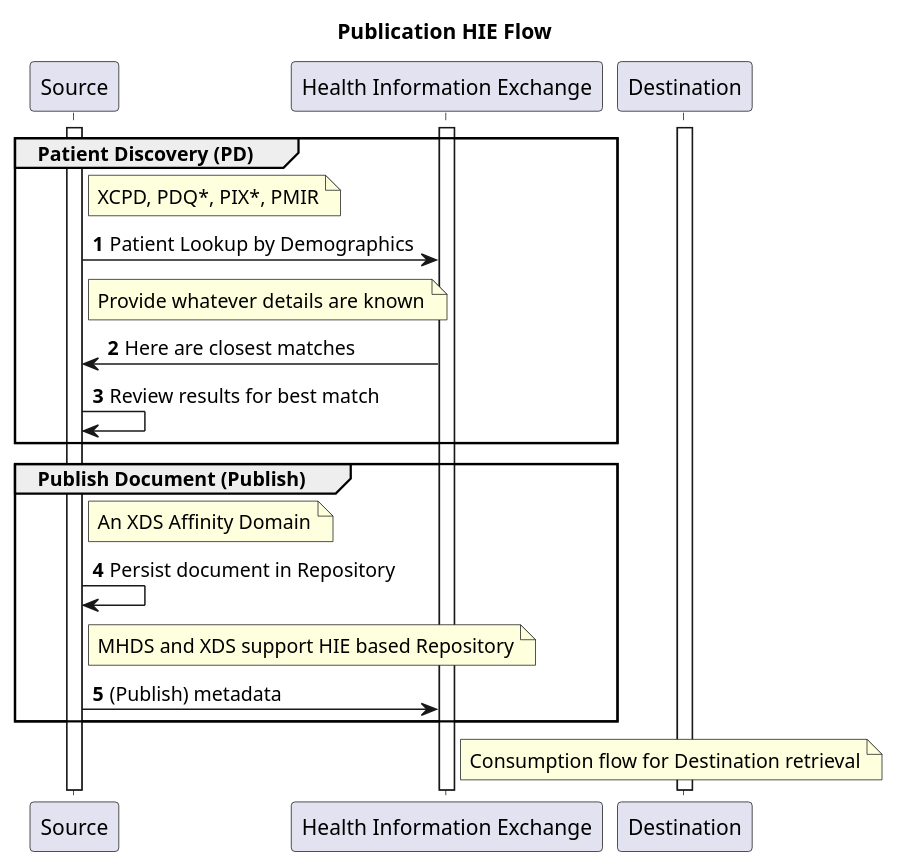
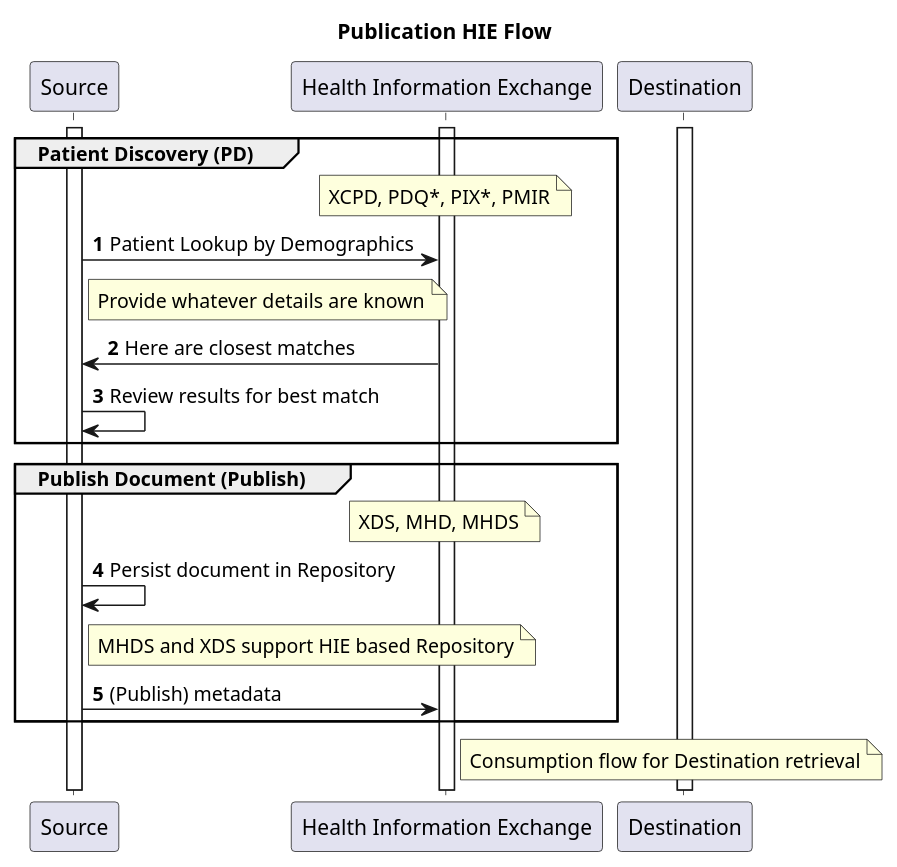
The diagram in input/images-source/publish-processflow.plantuml (IHE/EMS-Overall), drawn with PlantUML before and after one commit. The commit also changed 3 other files, not shown here.

Commit message:
clean and simplify diagrams

```diff
--- a/input/images-source/publish-processflow.plantuml
+++ b/input/images-source/publish-processflow.plantuml
@@ -1,29 +1,29 @@
 @startuml
 skinparam svgDimensionStyle false
 title Publication HIE Flow
 participant "Source" as Source
 participant "Health Information Exchange" as HIE [[https://profiles.ihe.net/ITI/HIE-Whitepaper/index.html HIE-Whitepaper]]
 participant "Destination" as Destination
 autonumber
 activate Source
 activate HIE
 activate Destination
 
 group Patient Discovery (PD)
-note right of Source:  XCPD, PDQ*, PIX*, PMIR
+note over HIE:  XCPD, PDQ*, PIX*, PMIR
     Source -> HIE: Patient Lookup by Demographics
     Note right of Source: Provide whatever details are known
     Source <- HIE: Here are closest matches
     Source -> Source: Review results for best match
 end group
 
 group Publish Document (Publish) 
-    note right of Source: An XDS Affinity Domain
+note over HIE:  XDS, MHD, MHDS
     Source -> Source: Persist document in Repository
     note right of Source: MHDS and XDS support HIE based Repository
     Source -> HIE: (Publish) metadata
 end group 
 
 note right of HIE: Consumption flow for Destination retrieval
 
 @enduml
```
